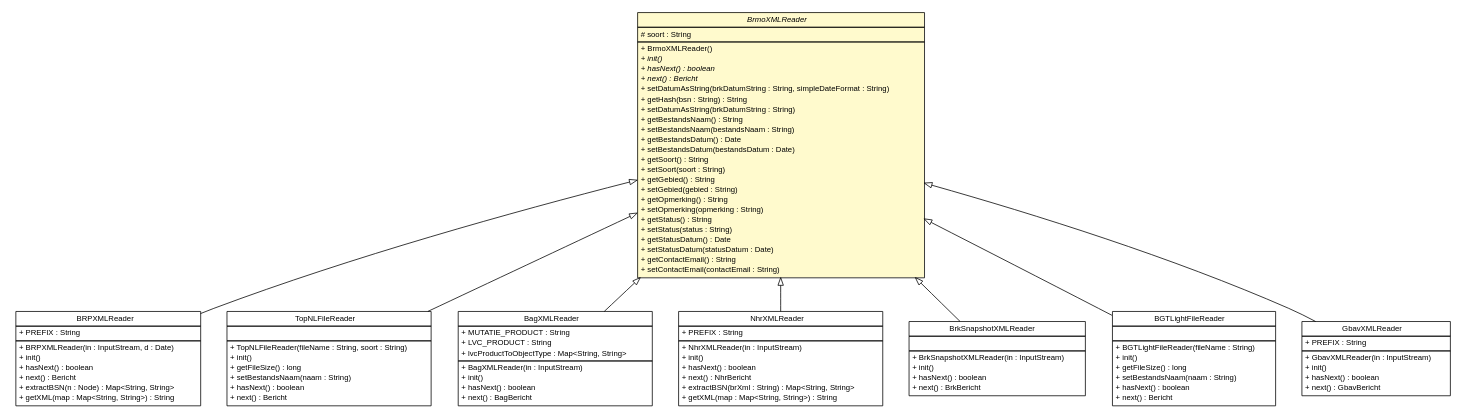
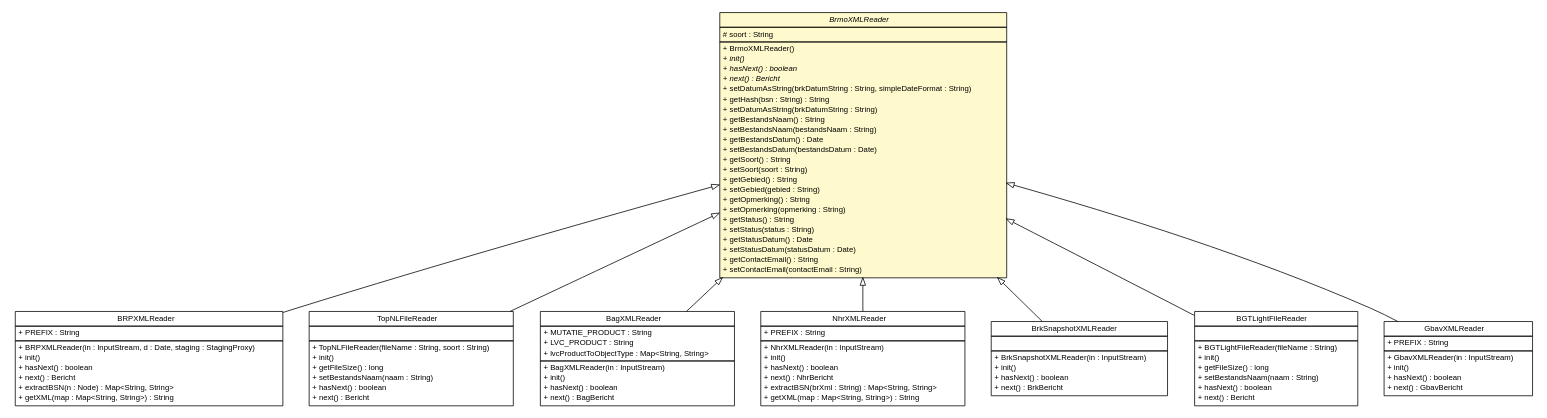
One commit to B3Partners/brmo changed the diagram in brmo-loader/apidocs/nl/b3p/brmo/loader/xml/BrmoXMLReader.dot. Above: the diagram before and after it, drawn with Graphviz. The commit also changed 13509 other files, not shown here.

```diff
--- a/brmo-loader/apidocs/nl/b3p/brmo/loader/xml/BrmoXMLReader.dot
+++ b/brmo-loader/apidocs/nl/b3p/brmo/loader/xml/BrmoXMLReader.dot
@@ -1,175 +1,175 @@
 #!/usr/local/bin/dot
 #
 # Class diagram 
 # Generated by UMLGraph version R5_6-24-gf6e263 (http://www.umlgraph.org/)
 #
 
 digraph G {
 	edge [fontname="Helvetica",fontsize=10,labelfontname="Helvetica",labelfontsize=10];
 	node [fontname="Helvetica",fontsize=10,shape=plaintext];
 	nodesep=0.25;
 	ranksep=0.5;
 	// nl.b3p.brmo.loader.xml.BrmoXMLReader
-	c1246 [label=<<table title="nl.b3p.brmo.loader.xml.BrmoXMLReader" border="0" cellborder="1" cellspacing="0" cellpadding="2" port="p" bgcolor="lemonChiffon" href="./BrmoXMLReader.html">
+	c1717 [label=<<table title="nl.b3p.brmo.loader.xml.BrmoXMLReader" border="0" cellborder="1" cellspacing="0" cellpadding="2" port="p" bgcolor="lemonChiffon" href="./BrmoXMLReader.html">
 		<tr><td><table border="0" cellspacing="0" cellpadding="1">
 <tr><td align="center" balign="center"><font face="Helvetica-Oblique"> BrmoXMLReader </font></td></tr>
 		</table></td></tr>
 		<tr><td><table border="0" cellspacing="0" cellpadding="1">
 <tr><td align="left" balign="left"> # soort : String </td></tr>
 		</table></td></tr>
 		<tr><td><table border="0" cellspacing="0" cellpadding="1">
 <tr><td align="left" balign="left"> + BrmoXMLReader() </td></tr>
 <tr><td align="left" balign="left"><font face="Helvetica-Oblique" point-size="10.0"> + init() </font></td></tr>
 <tr><td align="left" balign="left"><font face="Helvetica-Oblique" point-size="10.0"> + hasNext() : boolean </font></td></tr>
 <tr><td align="left" balign="left"><font face="Helvetica-Oblique" point-size="10.0"> + next() : Bericht </font></td></tr>
 <tr><td align="left" balign="left"> + setDatumAsString(brkDatumString : String, simpleDateFormat : String) </td></tr>
 <tr><td align="left" balign="left"> + getHash(bsn : String) : String </td></tr>
 <tr><td align="left" balign="left"> + setDatumAsString(brkDatumString : String) </td></tr>
 <tr><td align="left" balign="left"> + getBestandsNaam() : String </td></tr>
 <tr><td align="left" balign="left"> + setBestandsNaam(bestandsNaam : String) </td></tr>
 <tr><td align="left" balign="left"> + getBestandsDatum() : Date </td></tr>
 <tr><td align="left" balign="left"> + setBestandsDatum(bestandsDatum : Date) </td></tr>
 <tr><td align="left" balign="left"> + getSoort() : String </td></tr>
 <tr><td align="left" balign="left"> + setSoort(soort : String) </td></tr>
 <tr><td align="left" balign="left"> + getGebied() : String </td></tr>
 <tr><td align="left" balign="left"> + setGebied(gebied : String) </td></tr>
 <tr><td align="left" balign="left"> + getOpmerking() : String </td></tr>
 <tr><td align="left" balign="left"> + setOpmerking(opmerking : String) </td></tr>
 <tr><td align="left" balign="left"> + getStatus() : String </td></tr>
 <tr><td align="left" balign="left"> + setStatus(status : String) </td></tr>
 <tr><td align="left" balign="left"> + getStatusDatum() : Date </td></tr>
 <tr><td align="left" balign="left"> + setStatusDatum(statusDatum : Date) </td></tr>
 <tr><td align="left" balign="left"> + getContactEmail() : String </td></tr>
 <tr><td align="left" balign="left"> + setContactEmail(contactEmail : String) </td></tr>
 		</table></td></tr>
 		</table>>, URL="./BrmoXMLReader.html", fontname="Helvetica", fontcolor="black", fontsize=10.0];
 	// nl.b3p.brmo.loader.xml.BRPXMLReader
-	c1247 [label=<<table title="nl.b3p.brmo.loader.xml.BRPXMLReader" border="0" cellborder="1" cellspacing="0" cellpadding="2" port="p" href="./BRPXMLReader.html">
+	c1718 [label=<<table title="nl.b3p.brmo.loader.xml.BRPXMLReader" border="0" cellborder="1" cellspacing="0" cellpadding="2" port="p" href="./BRPXMLReader.html">
 		<tr><td><table border="0" cellspacing="0" cellpadding="1">
 <tr><td align="center" balign="center"> BRPXMLReader </td></tr>
 		</table></td></tr>
 		<tr><td><table border="0" cellspacing="0" cellpadding="1">
 <tr><td align="left" balign="left"> + PREFIX : String </td></tr>
 		</table></td></tr>
 		<tr><td><table border="0" cellspacing="0" cellpadding="1">
-<tr><td align="left" balign="left"> + BRPXMLReader(in : InputStream, d : Date) </td></tr>
+<tr><td align="left" balign="left"> + BRPXMLReader(in : InputStream, d : Date, staging : StagingProxy) </td></tr>
 <tr><td align="left" balign="left"> + init() </td></tr>
 <tr><td align="left" balign="left"> + hasNext() : boolean </td></tr>
 <tr><td align="left" balign="left"> + next() : Bericht </td></tr>
 <tr><td align="left" balign="left"> + extractBSN(n : Node) : Map&lt;String, String&gt; </td></tr>
 <tr><td align="left" balign="left"> + getXML(map : Map&lt;String, String&gt;) : String </td></tr>
 		</table></td></tr>
 		</table>>, URL="./BRPXMLReader.html", fontname="Helvetica", fontcolor="black", fontsize=10.0];
 	// nl.b3p.brmo.loader.xml.TopNLFileReader
-	c1248 [label=<<table title="nl.b3p.brmo.loader.xml.TopNLFileReader" border="0" cellborder="1" cellspacing="0" cellpadding="2" port="p" href="./TopNLFileReader.html">
+	c1719 [label=<<table title="nl.b3p.brmo.loader.xml.TopNLFileReader" border="0" cellborder="1" cellspacing="0" cellpadding="2" port="p" href="./TopNLFileReader.html">
 		<tr><td><table border="0" cellspacing="0" cellpadding="1">
 <tr><td align="center" balign="center"> TopNLFileReader </td></tr>
 		</table></td></tr>
 		<tr><td><table border="0" cellspacing="0" cellpadding="1">
 <tr><td align="left" balign="left">  </td></tr>
 		</table></td></tr>
 		<tr><td><table border="0" cellspacing="0" cellpadding="1">
 <tr><td align="left" balign="left"> + TopNLFileReader(fileName : String, soort : String) </td></tr>
 <tr><td align="left" balign="left"> + init() </td></tr>
 <tr><td align="left" balign="left"> + getFileSize() : long </td></tr>
 <tr><td align="left" balign="left"> + setBestandsNaam(naam : String) </td></tr>
 <tr><td align="left" balign="left"> + hasNext() : boolean </td></tr>
 <tr><td align="left" balign="left"> + next() : Bericht </td></tr>
 		</table></td></tr>
 		</table>>, URL="./TopNLFileReader.html", fontname="Helvetica", fontcolor="black", fontsize=10.0];
 	// nl.b3p.brmo.loader.xml.BagXMLReader
-	c1249 [label=<<table title="nl.b3p.brmo.loader.xml.BagXMLReader" border="0" cellborder="1" cellspacing="0" cellpadding="2" port="p" href="./BagXMLReader.html">
+	c1720 [label=<<table title="nl.b3p.brmo.loader.xml.BagXMLReader" border="0" cellborder="1" cellspacing="0" cellpadding="2" port="p" href="./BagXMLReader.html">
 		<tr><td><table border="0" cellspacing="0" cellpadding="1">
 <tr><td align="center" balign="center"> BagXMLReader </td></tr>
 		</table></td></tr>
 		<tr><td><table border="0" cellspacing="0" cellpadding="1">
 <tr><td align="left" balign="left"> + MUTATIE_PRODUCT : String </td></tr>
 <tr><td align="left" balign="left"> + LVC_PRODUCT : String </td></tr>
 <tr><td align="left" balign="left"> + lvcProductToObjectType : Map&lt;String, String&gt; </td></tr>
 		</table></td></tr>
 		<tr><td><table border="0" cellspacing="0" cellpadding="1">
 <tr><td align="left" balign="left"> + BagXMLReader(in : InputStream) </td></tr>
 <tr><td align="left" balign="left"> + init() </td></tr>
 <tr><td align="left" balign="left"> + hasNext() : boolean </td></tr>
 <tr><td align="left" balign="left"> + next() : BagBericht </td></tr>
 		</table></td></tr>
 		</table>>, URL="./BagXMLReader.html", fontname="Helvetica", fontcolor="black", fontsize=10.0];
 	// nl.b3p.brmo.loader.xml.NhrXMLReader
-	c1250 [label=<<table title="nl.b3p.brmo.loader.xml.NhrXMLReader" border="0" cellborder="1" cellspacing="0" cellpadding="2" port="p" href="./NhrXMLReader.html">
+	c1721 [label=<<table title="nl.b3p.brmo.loader.xml.NhrXMLReader" border="0" cellborder="1" cellspacing="0" cellpadding="2" port="p" href="./NhrXMLReader.html">
 		<tr><td><table border="0" cellspacing="0" cellpadding="1">
 <tr><td align="center" balign="center"> NhrXMLReader </td></tr>
 		</table></td></tr>
 		<tr><td><table border="0" cellspacing="0" cellpadding="1">
 <tr><td align="left" balign="left"> + PREFIX : String </td></tr>
 		</table></td></tr>
 		<tr><td><table border="0" cellspacing="0" cellpadding="1">
 <tr><td align="left" balign="left"> + NhrXMLReader(in : InputStream) </td></tr>
 <tr><td align="left" balign="left"> + init() </td></tr>
 <tr><td align="left" balign="left"> + hasNext() : boolean </td></tr>
 <tr><td align="left" balign="left"> + next() : NhrBericht </td></tr>
 <tr><td align="left" balign="left"> + extractBSN(brXml : String) : Map&lt;String, String&gt; </td></tr>
 <tr><td align="left" balign="left"> + getXML(map : Map&lt;String, String&gt;) : String </td></tr>
 		</table></td></tr>
 		</table>>, URL="./NhrXMLReader.html", fontname="Helvetica", fontcolor="black", fontsize=10.0];
 	// nl.b3p.brmo.loader.xml.BrkSnapshotXMLReader
-	c1251 [label=<<table title="nl.b3p.brmo.loader.xml.BrkSnapshotXMLReader" border="0" cellborder="1" cellspacing="0" cellpadding="2" port="p" href="./BrkSnapshotXMLReader.html">
+	c1722 [label=<<table title="nl.b3p.brmo.loader.xml.BrkSnapshotXMLReader" border="0" cellborder="1" cellspacing="0" cellpadding="2" port="p" href="./BrkSnapshotXMLReader.html">
 		<tr><td><table border="0" cellspacing="0" cellpadding="1">
 <tr><td align="center" balign="center"> BrkSnapshotXMLReader </td></tr>
 		</table></td></tr>
 		<tr><td><table border="0" cellspacing="0" cellpadding="1">
 <tr><td align="left" balign="left">  </td></tr>
 		</table></td></tr>
 		<tr><td><table border="0" cellspacing="0" cellpadding="1">
 <tr><td align="left" balign="left"> + BrkSnapshotXMLReader(in : InputStream) </td></tr>
 <tr><td align="left" balign="left"> + init() </td></tr>
 <tr><td align="left" balign="left"> + hasNext() : boolean </td></tr>
 <tr><td align="left" balign="left"> + next() : BrkBericht </td></tr>
 		</table></td></tr>
 		</table>>, URL="./BrkSnapshotXMLReader.html", fontname="Helvetica", fontcolor="black", fontsize=10.0];
 	// nl.b3p.brmo.loader.xml.BGTLightFileReader
-	c1252 [label=<<table title="nl.b3p.brmo.loader.xml.BGTLightFileReader" border="0" cellborder="1" cellspacing="0" cellpadding="2" port="p" href="./BGTLightFileReader.html">
+	c1723 [label=<<table title="nl.b3p.brmo.loader.xml.BGTLightFileReader" border="0" cellborder="1" cellspacing="0" cellpadding="2" port="p" href="./BGTLightFileReader.html">
 		<tr><td><table border="0" cellspacing="0" cellpadding="1">
 <tr><td align="center" balign="center"> BGTLightFileReader </td></tr>
 		</table></td></tr>
 		<tr><td><table border="0" cellspacing="0" cellpadding="1">
 <tr><td align="left" balign="left">  </td></tr>
 		</table></td></tr>
 		<tr><td><table border="0" cellspacing="0" cellpadding="1">
 <tr><td align="left" balign="left"> + BGTLightFileReader(fileName : String) </td></tr>
 <tr><td align="left" balign="left"> + init() </td></tr>
 <tr><td align="left" balign="left"> + getFileSize() : long </td></tr>
 <tr><td align="left" balign="left"> + setBestandsNaam(naam : String) </td></tr>
 <tr><td align="left" balign="left"> + hasNext() : boolean </td></tr>
 <tr><td align="left" balign="left"> + next() : Bericht </td></tr>
 		</table></td></tr>
 		</table>>, URL="./BGTLightFileReader.html", fontname="Helvetica", fontcolor="black", fontsize=10.0];
 	// nl.b3p.brmo.loader.xml.GbavXMLReader
-	c1253 [label=<<table title="nl.b3p.brmo.loader.xml.GbavXMLReader" border="0" cellborder="1" cellspacing="0" cellpadding="2" port="p" href="./GbavXMLReader.html">
+	c1724 [label=<<table title="nl.b3p.brmo.loader.xml.GbavXMLReader" border="0" cellborder="1" cellspacing="0" cellpadding="2" port="p" href="./GbavXMLReader.html">
 		<tr><td><table border="0" cellspacing="0" cellpadding="1">
 <tr><td align="center" balign="center"> GbavXMLReader </td></tr>
 		</table></td></tr>
 		<tr><td><table border="0" cellspacing="0" cellpadding="1">
 <tr><td align="left" balign="left"> + PREFIX : String </td></tr>
 		</table></td></tr>
 		<tr><td><table border="0" cellspacing="0" cellpadding="1">
 <tr><td align="left" balign="left"> + GbavXMLReader(in : InputStream) </td></tr>
 <tr><td align="left" balign="left"> + init() </td></tr>
 <tr><td align="left" balign="left"> + hasNext() : boolean </td></tr>
 <tr><td align="left" balign="left"> + next() : GbavBericht </td></tr>
 		</table></td></tr>
 		</table>>, URL="./GbavXMLReader.html", fontname="Helvetica", fontcolor="black", fontsize=10.0];
 	//nl.b3p.brmo.loader.xml.BRPXMLReader extends nl.b3p.brmo.loader.xml.BrmoXMLReader
-	c1246:p -> c1247:p [dir=back,arrowtail=empty];
+	c1717:p -> c1718:p [dir=back,arrowtail=empty];
 	//nl.b3p.brmo.loader.xml.TopNLFileReader extends nl.b3p.brmo.loader.xml.BrmoXMLReader
-	c1246:p -> c1248:p [dir=back,arrowtail=empty];
+	c1717:p -> c1719:p [dir=back,arrowtail=empty];
 	//nl.b3p.brmo.loader.xml.BagXMLReader extends nl.b3p.brmo.loader.xml.BrmoXMLReader
-	c1246:p -> c1249:p [dir=back,arrowtail=empty];
+	c1717:p -> c1720:p [dir=back,arrowtail=empty];
 	//nl.b3p.brmo.loader.xml.NhrXMLReader extends nl.b3p.brmo.loader.xml.BrmoXMLReader
-	c1246:p -> c1250:p [dir=back,arrowtail=empty];
+	c1717:p -> c1721:p [dir=back,arrowtail=empty];
 	//nl.b3p.brmo.loader.xml.BrkSnapshotXMLReader extends nl.b3p.brmo.loader.xml.BrmoXMLReader
-	c1246:p -> c1251:p [dir=back,arrowtail=empty];
+	c1717:p -> c1722:p [dir=back,arrowtail=empty];
 	//nl.b3p.brmo.loader.xml.BGTLightFileReader extends nl.b3p.brmo.loader.xml.BrmoXMLReader
-	c1246:p -> c1252:p [dir=back,arrowtail=empty];
+	c1717:p -> c1723:p [dir=back,arrowtail=empty];
 	//nl.b3p.brmo.loader.xml.GbavXMLReader extends nl.b3p.brmo.loader.xml.BrmoXMLReader
-	c1246:p -> c1253:p [dir=back,arrowtail=empty];
+	c1717:p -> c1724:p [dir=back,arrowtail=empty];
 }
```
